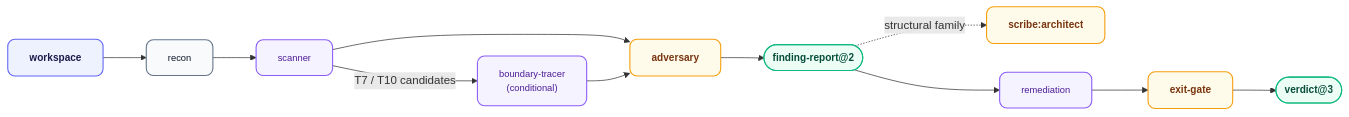
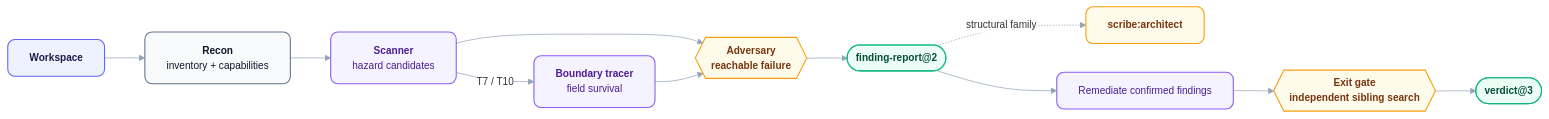
The diagram in plugins/ranger/README.md (orin-dx/agent-plugins), drawn with Mermaid before and after one commit. The commit also changed 12 other files, not shown here.

Commit message:
docs: refresh Mermaid diagrams and visual standard

````diff
--- a/plugins/ranger/README.md
+++ b/plugins/ranger/README.md
@@ -67,32 +67,31 @@
 ```mermaid
-%%{init: {'flowchart': {'curve': 'basis', 'nodeSpacing': 40, 'rankSpacing': 60}}}%%
+%%{init: {'theme': 'base', 'flowchart': {'curve': 'basis', 'nodeSpacing': 40, 'rankSpacing': 56}, 'themeVariables': {'fontFamily': 'Inter, ui-sans-serif, system-ui, sans-serif', 'fontSize': '14px', 'lineColor': '#94a3b8', 'edgeLabelBackground': '#ffffff'}}}%%
 flowchart LR
-    classDef source fill:#eef2ff,stroke:#6366f1,stroke-width:1.5px,color:#1e1b4b,rx:10,ry:10,font-size:14px,font-weight:600;
-    classDef store fill:#f8fafc,stroke:#64748b,stroke-width:1.5px,color:#0f172a,rx:10,ry:10,font-size:13px,font-weight:500;
-    classDef engine fill:#f5f3ff,stroke:#8b5cf6,stroke-width:1.5px,color:#4c1d95,rx:10,ry:10,font-size:13px,font-weight:500;
-    classDef router fill:#fffbeb,stroke:#f59e0b,stroke-width:1.5px,color:#78350f,rx:10,ry:10,font-size:14px,font-weight:600;
-    classDef output fill:#ecfdf5,stroke:#10b981,stroke-width:1.5px,color:#064e3b,rx:10,ry:10,font-size:14px,font-weight:600;
+    classDef source fill:#eef2ff,stroke:#6366f1,stroke-width:1.5px,color:#1e1b4b,rx:10px,ry:10px,font-weight:600;
+    classDef store fill:#f8fafc,stroke:#64748b,stroke-width:1.5px,color:#0f172a,rx:10px,ry:10px;
+    classDef engine fill:#f5f3ff,stroke:#8b5cf6,stroke-width:1.5px,color:#4c1d95,rx:10px,ry:10px;
+    classDef router fill:#fffbeb,stroke:#f59e0b,stroke-width:1.5px,color:#78350f,rx:10px,ry:10px,font-weight:600;
+    classDef output fill:#ecfdf5,stroke:#10b981,stroke-width:1.5px,color:#064e3b,rx:10px,ry:10px,font-weight:600;
 
-    ws[workspace] --> recon[recon]
-    recon --> scanner[scanner]
-    scanner -->|T7 / T10 candidates| bt["boundary-tracer
-    (conditional)"]
-    scanner --> adv[adversary]
+    ws["Workspace"] --> recon["<b>Recon</b><br/>inventory + capabilities"]
+    recon --> scanner["<b>Scanner</b><br/>hazard candidates"]
+    scanner -->|"T7 / T10"| bt["<b>Boundary tracer</b><br/>field survival"]
+    scanner --> adv{{"<b>Adversary</b><br/>reachable failure"}}
     bt --> adv
     adv --> out(["finding-report@2"])
-    out -. structural family .-> arch[scribe:architect]
-    out --> fix[remediation]
-    fix --> gate[exit-gate]
+    out -.->|"structural family"| arch["scribe:architect"]
+    out --> fix["Remediate confirmed findings"]
+    fix --> gate{{"<b>Exit gate</b><br/>independent sibling search"}}
     gate --> verdict(["verdict@3"])
 
     class ws source
     class recon store
     class scanner engine
     class bt engine
     class adv router
     class arch router
     class fix engine
     class gate router
     class out output
     class verdict output
 ```
````
